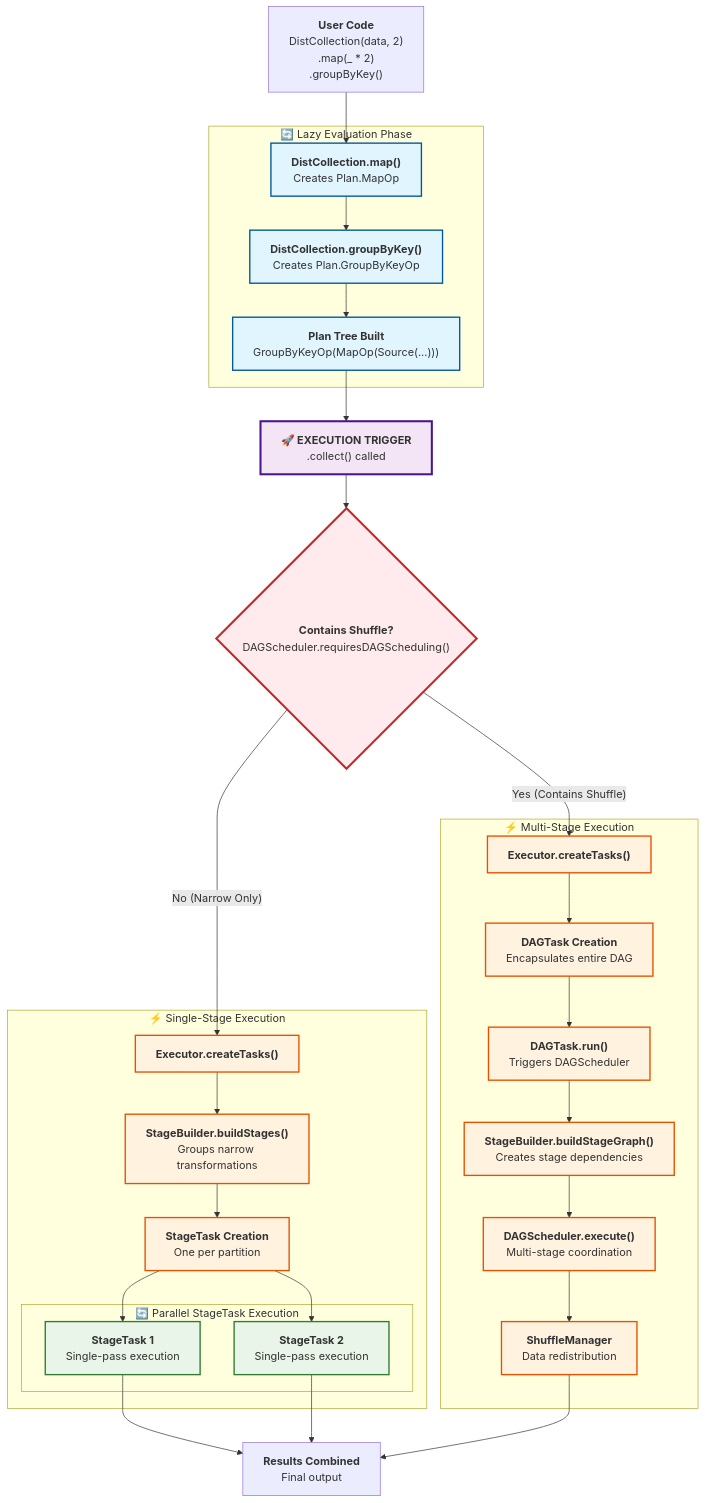
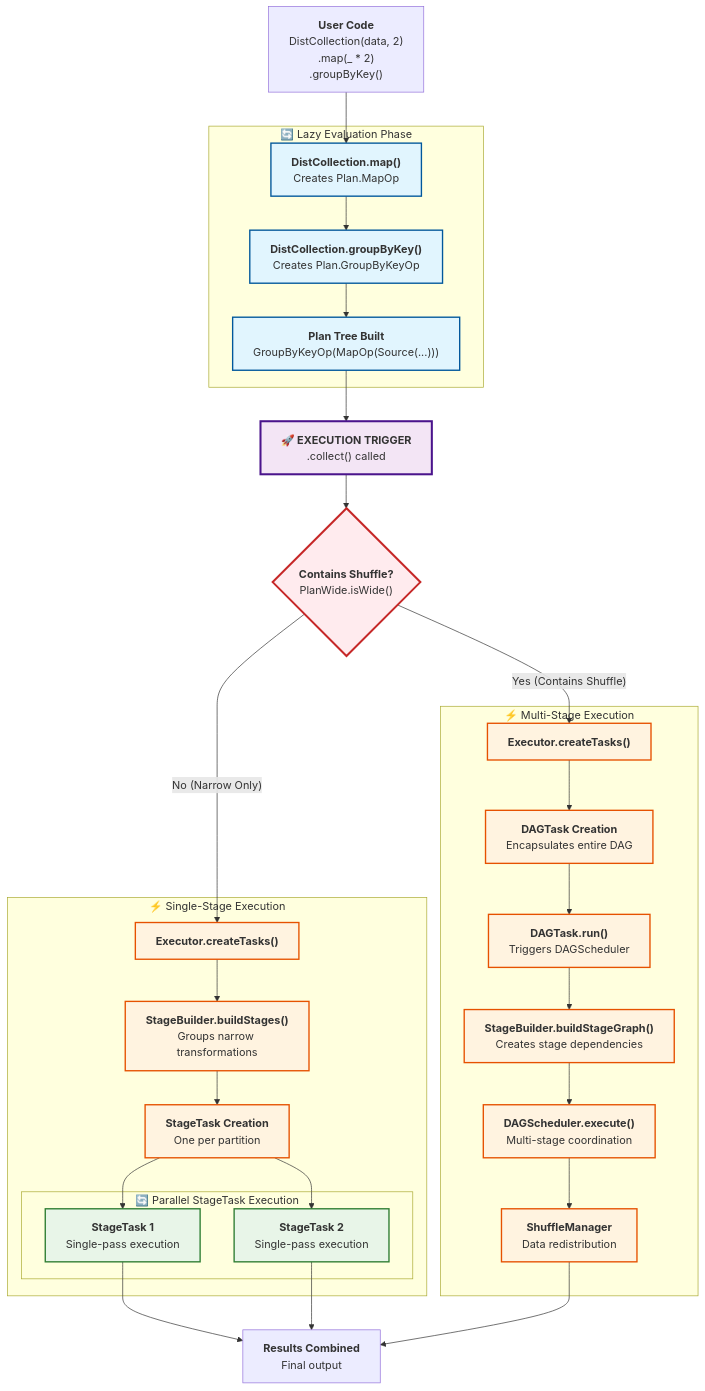
Before and after one commit to ewoodbury/scarlet: the diagram in docs/ARCHITECTURE.md, drawn with Mermaid. The commit also changed other lines of this file and 13 other files, not shown here.

```diff
--- a/docs/ARCHITECTURE.md
+++ b/docs/ARCHITECTURE.md
@@ -180,7 +181,7 @@
     
     %% Execution Decision
     Decision{"`**Contains Shuffle?**
-    DAGScheduler.requiresDAGScheduling()`"}
+    PlanWide.isWide()`"}
     
     %% Single-Stage Path
     subgraph SingleStage["⚡ Single-Stage Execution"]
```
